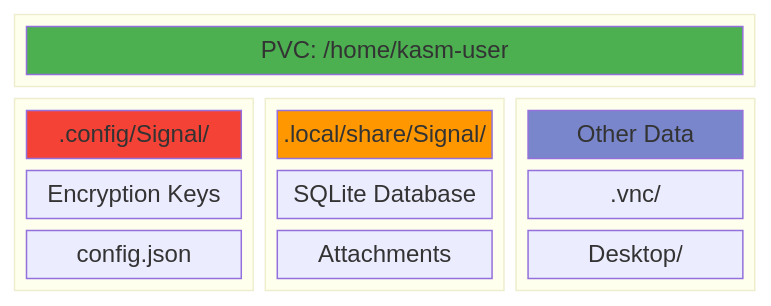
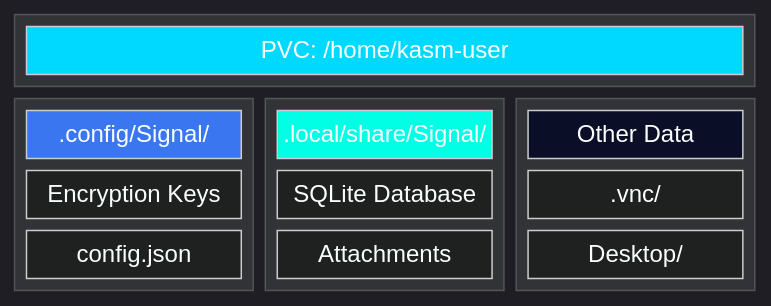
One commit to drengskapur/ghostwire changed the diagram in docs/guide/persistence.md. Above: the diagram before and after it, drawn with Mermaid. The commit also changed 7 other files, not shown here.

````diff
--- a/docs/guide/persistence.md
+++ b/docs/guide/persistence.md
@@ -7,35 +7,36 @@
 ```mermaid
+%%{init: {'theme': 'dark', 'themeVariables': { 'primaryColor': '#0A0E27', 'primaryTextColor': '#00FFE5', 'primaryBorderColor': '#00D9FF'}}}%%
 block-beta
     columns 3
 
     block:pvc:3
         columns 3
         pvc_label["PVC: /home/kasm-user"]
     end
 
     block:config:1
         columns 1
         config_dir[".config/Signal/"]
         keys["Encryption Keys"]
         config_json["config.json"]
     end
 
     block:data:1
         columns 1
         data_dir[".local/share/Signal/"]
         db["SQLite Database"]
         attachments["Attachments"]
     end
 
     block:other:1
         columns 1
         other_dir["Other Data"]
         vnc[".vnc/"]
         desktop["Desktop/"]
     end
 
-    style pvc_label fill:#4caf50,color:#fff
-    style config_dir fill:#f44336,color:#fff
-    style data_dir fill:#ff9800,color:#000
-    style other_dir fill:#7986cb,color:#fff
+    style pvc_label fill:#00D9FF,color:#000
+    style config_dir fill:#3A76F0,color:#fff
+    style data_dir fill:#00FFE5,color:#000
+    style other_dir fill:#0A0E27,color:#00FFE5
 ```
````
